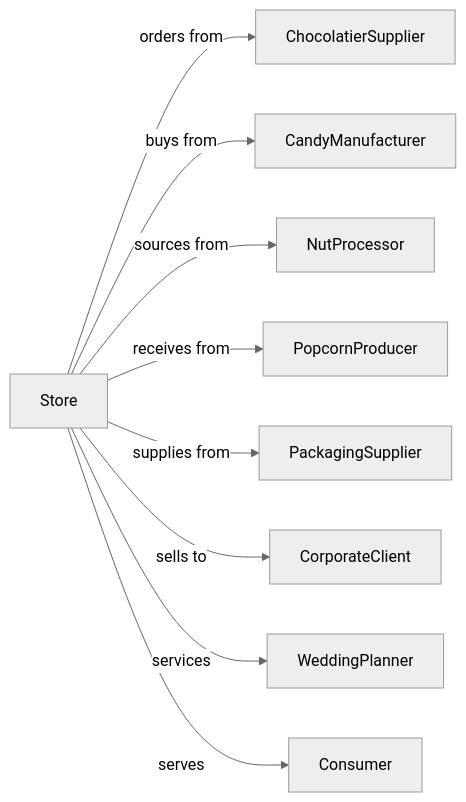
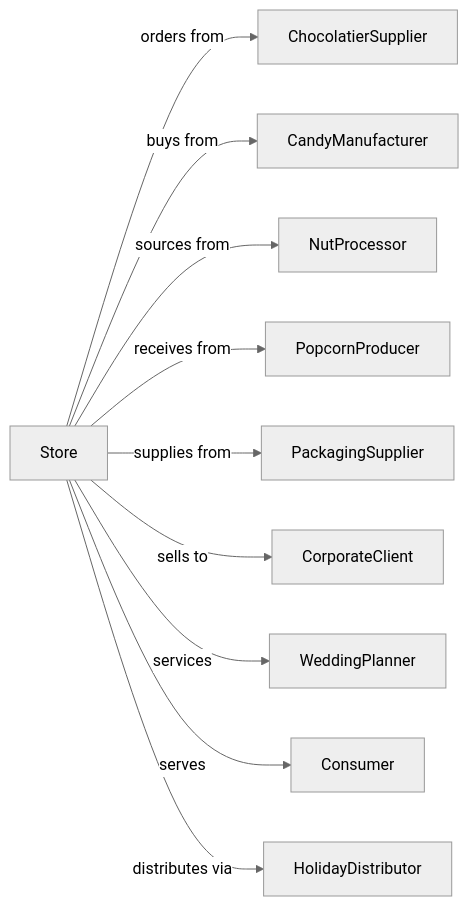
Before and after one commit to dot-org-ai/industries.org.ai: the second of 2 diagrams in RetailTrade/FoodAndBeverageRetailers/SpecialtyFoodRetailers/ConfectioneryAndNutRetailers.mdx, drawn with Mermaid (neutral theme). The commit also changed 588 other files, not shown here.

````diff
--- a/RetailTrade/FoodAndBeverageRetailers/SpecialtyFoodRetailers/ConfectioneryAndNutRetailers.mdx
+++ b/RetailTrade/FoodAndBeverageRetailers/SpecialtyFoodRetailers/ConfectioneryAndNutRetailers.mdx
@@ -129,13 +129,14 @@
 ```mermaid
 graph LR
     S[Store]
 
     S -->|orders from| ChocolatierSupplier
     S -->|buys from| CandyManufacturer
     S -->|sources from| NutProcessor
     S -->|receives from| PopcornProducer
     S -->|supplies from| PackagingSupplier
     S -->|sells to| CorporateClient
     S -->|services| WeddingPlanner
     S -->|serves| Consumer
+    S -->|distributes via| HolidayDistributor
 ```
````
